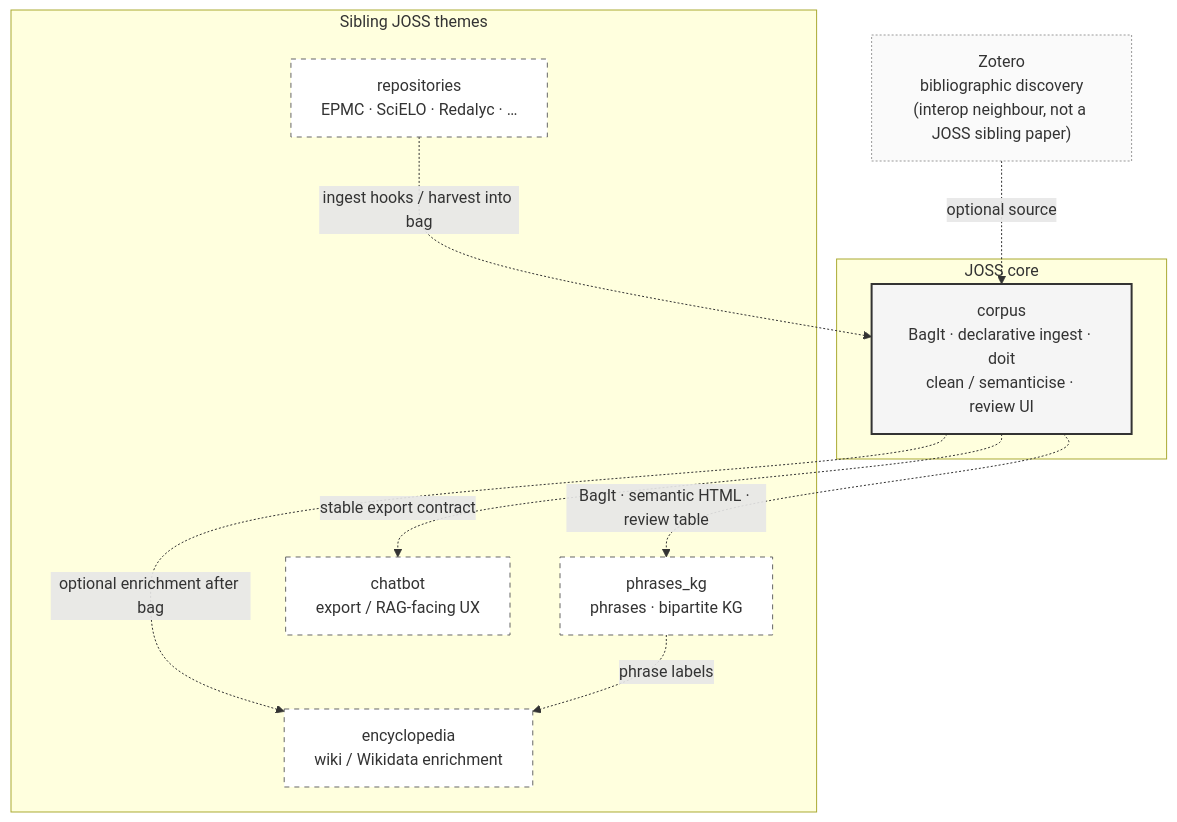
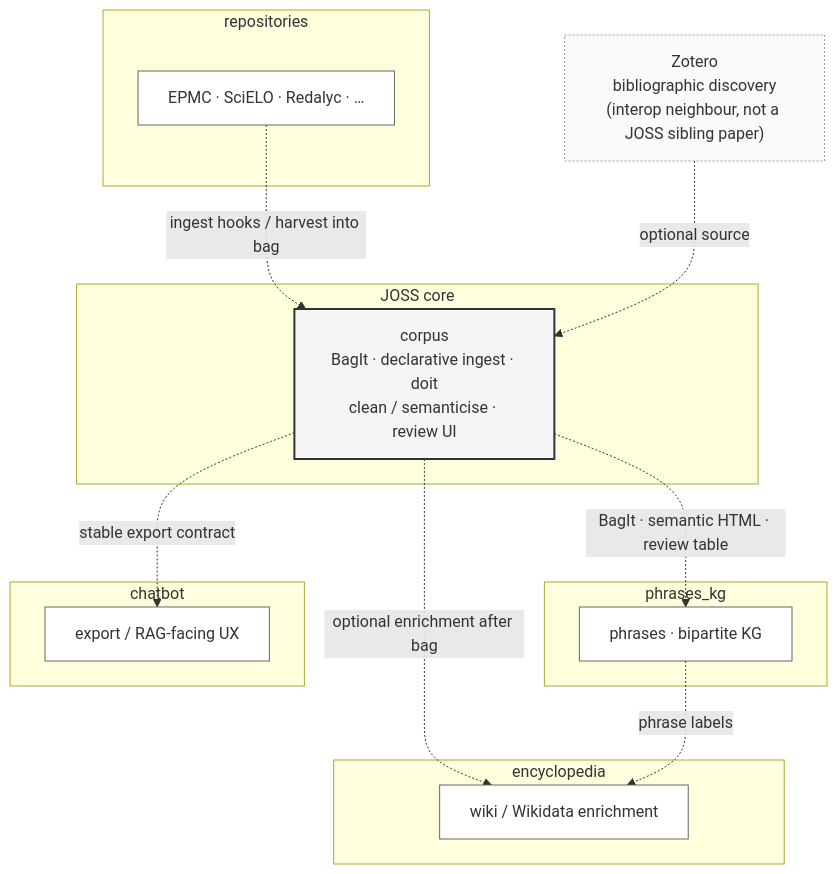
Before and after one commit to semanticClimate/semantic_corpus: the diagram in docs/modules/corpus/siblings.md, drawn with Mermaid. The commit also changed 1 other file, not shown here.

Commit message:
Wrap each corpus sibling in its own Mermaid subgraph.
Give repositories, phrases_kg, encyclopedia, and chatbot separate rectangles around the dotted interop edges.

````diff
--- a/docs/modules/corpus/siblings.md
+++ b/docs/modules/corpus/siblings.md
@@ -13,29 +13,38 @@
 ```mermaid
 flowchart TB
   subgraph core["JOSS core"]
     C["corpus<br/>BagIt · declarative ingest · doit<br/>clean / semanticise · review UI"]
   end
 
-  subgraph siblings["Sibling JOSS themes"]
-    R["repositories<br/>EPMC · SciELO · Redalyc · …"]
-    P["phrases_kg<br/>phrases · bipartite KG"]
-    E["encyclopedia<br/>wiki / Wikidata enrichment"]
-    H["chatbot<br/>export / RAG-facing UX"]
+  subgraph sib_repositories["repositories"]
+    R["EPMC · SciELO · Redalyc · …"]
+  end
+
+  subgraph sib_phrases_kg["phrases_kg"]
+    P["phrases · bipartite KG"]
+  end
+
+  subgraph sib_encyclopedia["encyclopedia"]
+    E["wiki / Wikidata enrichment"]
+  end
+
+  subgraph sib_chatbot["chatbot"]
+    H["export / RAG-facing UX"]
   end
 
   Z["Zotero<br/>bibliographic discovery<br/>(interop neighbour, not a JOSS sibling paper)"]
 
   R -.->|ingest hooks / harvest into bag| C
   C -.->|BagIt · semantic HTML · review table| P
   C -.->|optional enrichment after bag| E
   C -.->|stable export contract| H
   P -.->|phrase labels| E
   Z -.->|optional source| C
 
   classDef core fill:#f5f5f5,stroke:#333,stroke-width:2px;
-  classDef sib fill:#fff,stroke:#666,stroke-width:1px,stroke-dasharray: 5 5;
+  classDef sib fill:#fff,stroke:#666,stroke-width:1px;
   classDef neigh fill:#fafafa,stroke:#999,stroke-width:1px,stroke-dasharray: 2 2;
   class C core;
   class R,P,E,H sib;
   class Z neigh;
 ```
````
